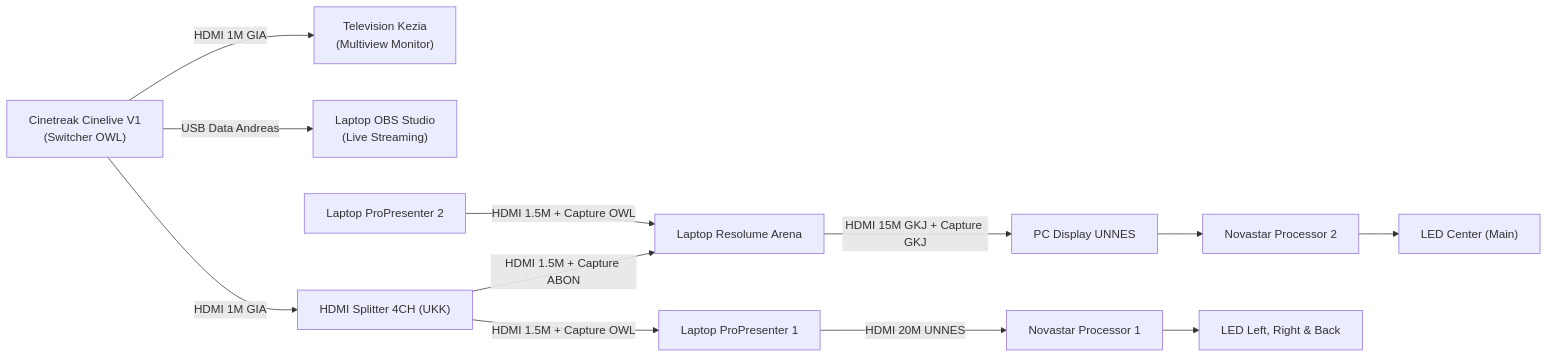
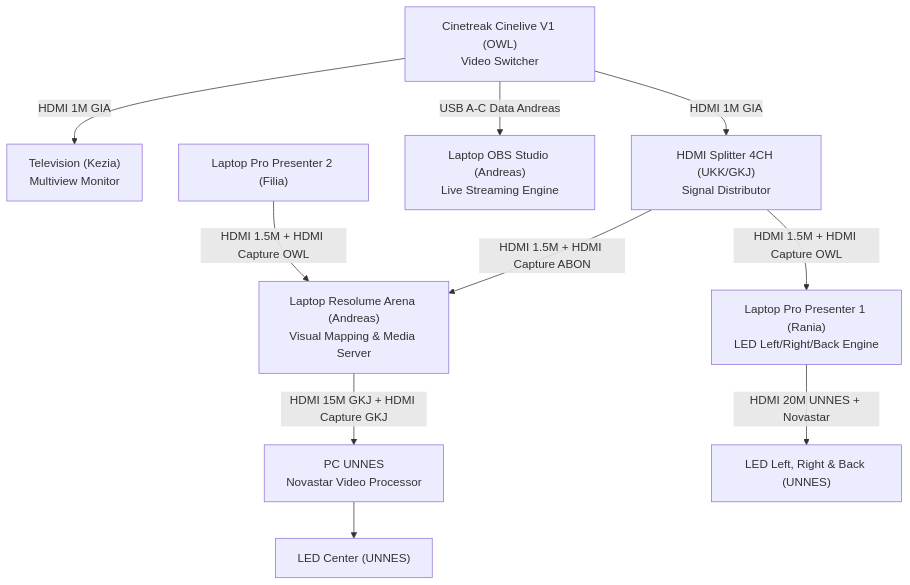
Before and after one commit to zzdree/ip26-production: the third of 4 diagrams in README.md, drawn with Mermaid. The commit also changed other lines of this file, not shown here.

Commit message:
docs: synchronize README.md with latest ip26_pro1.txt and ip26_pro2.txt engineering & production updates

````diff
--- a/README.md
+++ b/README.md
@@ -157,29 +170,25 @@
 ```mermaid
-flowchart LR
-    SW["Cinetreak Cinelive V1<br/>(Switcher OWL)"]
-    TV_M["Television Kezia<br/>(Multiview Monitor)"]
-    OBS["Laptop OBS Studio<br/>(Live Streaming)"]
-    SPL["HDMI Splitter 4CH (UKK)"]
+flowchart TD
+    SW["Cinetreak Cinelive V1 (OWL)<br/>Video Switcher"]
+    TV_M["Television (Kezia)<br/>Multiview Monitor"]
+    SPL["HDMI Splitter 4CH (UKK/GKJ)<br/>Signal Distributor"]
+    OBS["Laptop OBS Studio (Andreas)<br/>Live Streaming Engine"]
     
-    PRO1["Laptop ProPresenter 1"]
-    PRO2["Laptop ProPresenter 2"]
-    RES["Laptop Resolume Arena"]
-    PC_UNNES["PC Display UNNES"]
+    PRO1["Laptop Pro Presenter 1 (Rania)<br/>LED Left/Right/Back Engine"]
+    RES["Laptop Resolume Arena (Andreas)<br/>Visual Mapping & Media Server"]
     
-    NOVA1["Novastar Processor 1"]
-    NOVA2["Novastar Processor 2"]
-    
-    LED_LRB["LED Left, Right & Back"]
-    LED_CTR["LED Center (Main)"]
+    UNNES_PC["PC UNNES<br/>Novastar Video Processor"]
+    LED_LRB["LED Left, Right & Back (UNNES)"]
+    LED_CTR["LED Center (UNNES)"]
 
     SW -->|HDMI 1M GIA| TV_M
-    SW -->|USB Data Andreas| OBS
     SW -->|HDMI 1M GIA| SPL
+    SW -->|USB A-C Data Andreas| OBS
 
-    SPL -->|HDMI 1.5M + Capture OWL| PRO1
-    PRO1 -->|HDMI 20M UNNES| NOVA1 --> LED_LRB
+    SPL -->|HDMI 1.5M + HDMI Capture OWL| PRO1
+    PRO1 -->|HDMI 20M UNNES + Novastar| LED_LRB
 
-    PRO2 -->|HDMI 1.5M + Capture OWL| RES
-    SPL -->|HDMI 1.5M + Capture ABON| RES
-    RES -->|HDMI 15M GKJ + Capture GKJ| PC_UNNES --> NOVA2 --> LED_CTR
+    PRO2["Laptop Pro Presenter 2 (Filia)"] -->|HDMI 1.5M + HDMI Capture OWL| RES
+    SPL -->|HDMI 1.5M + HDMI Capture ABON| RES
+    RES -->|HDMI 15M GKJ + HDMI Capture GKJ| UNNES_PC --> LED_CTR
 ```
````
